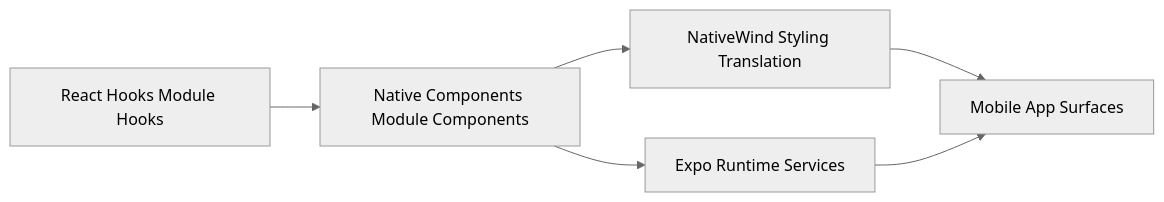
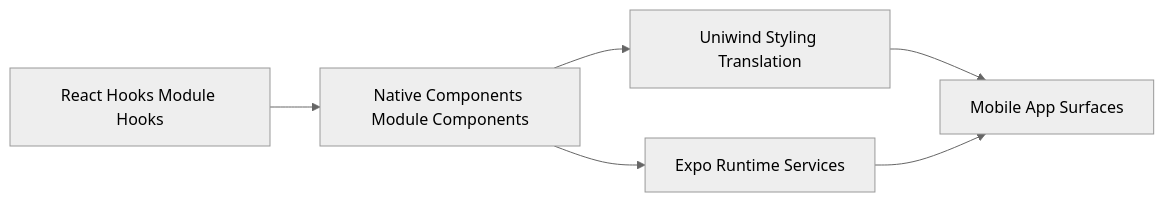
Diagram 14 of 19 in plan/frontend-sdk.md (1qh/safeagent), drawn with Mermaid (neutral theme) before and after one commit. The commit also changed other lines of this file and 3 other files, not shown here.

First line of the commit message:
Replace NativeWind with Uniwind for React Native styling

````diff
--- a/plan/frontend-sdk.md
+++ b/plan/frontend-sdk.md
@@ -689,14 +689,14 @@
 ```mermaid
 flowchart LR
     REACT_HOOKS_LAYER[React Hooks Module Hooks]
     NATIVE_UI_LAYER[Native Components Module Components]
-    NATIVEWIND_LAYER[NativeWind Styling Translation]
+    UNIWIND_LAYER[Uniwind Styling Translation]
     EXPO_RUNTIME[Expo Runtime Services]
     DEVICE_UI[Mobile App Surfaces]
 
     REACT_HOOKS_LAYER --> NATIVE_UI_LAYER
-    NATIVE_UI_LAYER --> NATIVEWIND_LAYER
+    NATIVE_UI_LAYER --> UNIWIND_LAYER
     NATIVE_UI_LAYER --> EXPO_RUNTIME
-    NATIVEWIND_LAYER --> DEVICE_UI
+    UNIWIND_LAYER --> DEVICE_UI
     EXPO_RUNTIME --> DEVICE_UI
 ```
````
